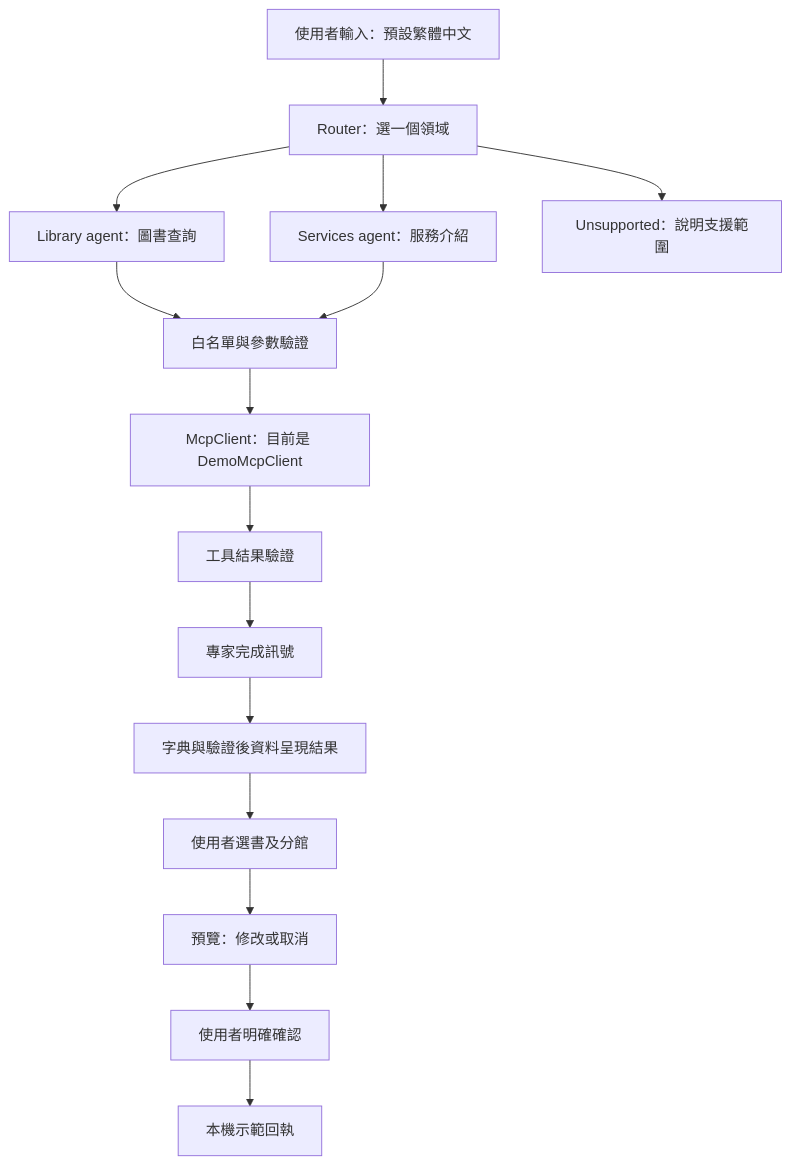
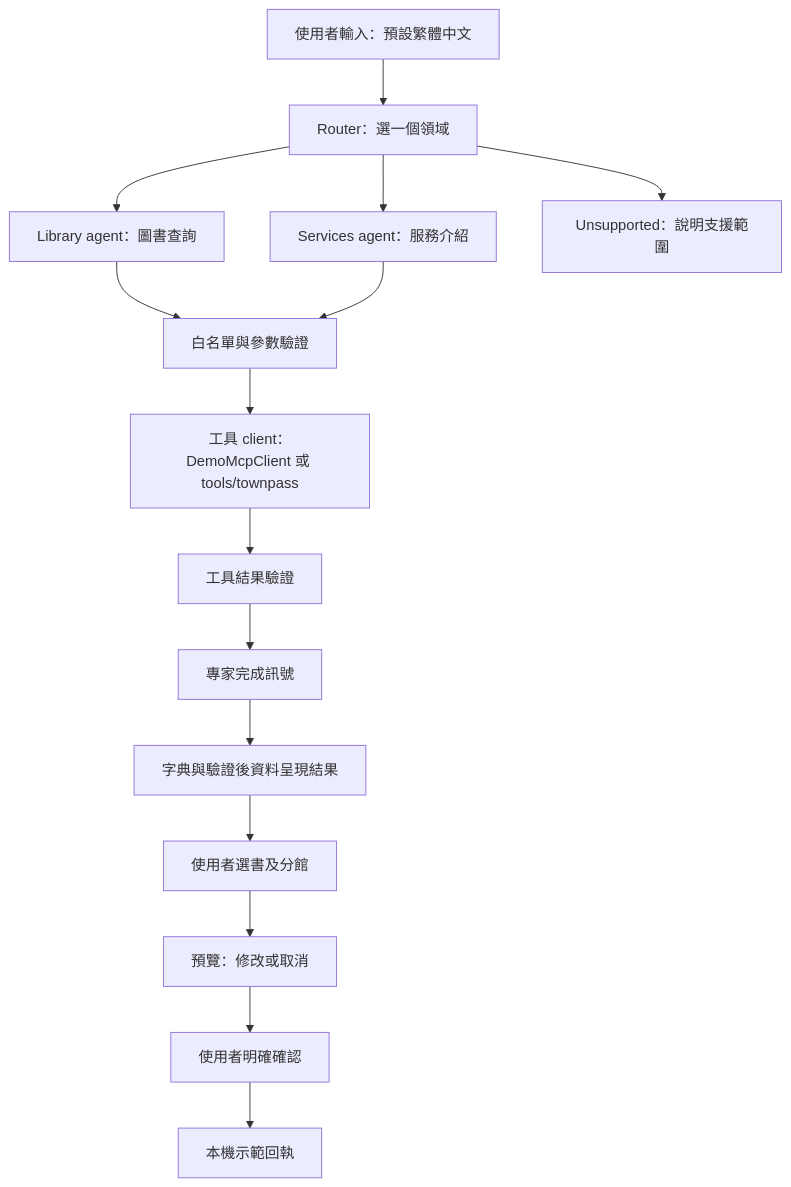
Before and after one commit to Twcat0503/2026_taipei_codefest: the diagram in frontend/agent-mvp/docs/ui-ux-handoff.md, drawn with Mermaid. The commit also changed other lines of this file and 6 other files, not shown here.

First line of the commit message:
docs: describe tools as direct calls instead of MCP

````diff
--- a/frontend/agent-mvp/docs/ui-ux-handoff.md
+++ b/frontend/agent-mvp/docs/ui-ux-handoff.md
@@ -5,17 +5,17 @@
 ```mermaid
 flowchart TD
     A[使用者輸入：預設繁體中文] --> B[Router：選一個領域]
     B --> C[Library agent：圖書查詢]
     B --> D[Services agent：服務介紹]
     B --> E[Unsupported：說明支援範圍]
     C --> F[白名單與參數驗證]
     D --> F
-    F --> G[McpClient：目前是 DemoMcpClient]
+    F --> G[工具 client：DemoMcpClient 或 tools/townpass]
     G --> H[工具結果驗證]
     H --> I[專家完成訊號]
     I --> J[字典與驗證後資料呈現結果]
     J --> K[使用者選書及分館]
     K --> L[預覽：修改或取消]
     L --> M[使用者明確確認]
     M --> N[本機示範回執]
 ```
````
